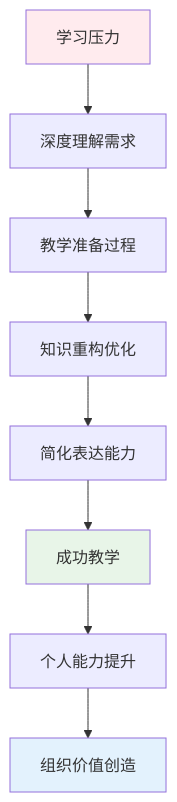
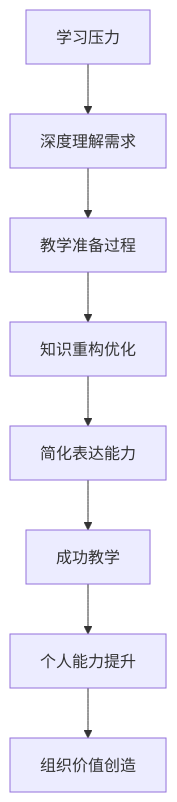
One commit to fangkun119/tech-page changed the ninth of 52 diagrams in _posts/2025-11-08-book-01-feynman-approach.md. Above: the diagram before and after it, drawn with Mermaid. The commit also changed other lines of this file and 1 other file, not shown here.

Commit message:
feat: adjust diagram color

````diff
--- a/_posts/2025-11-08-book-01-feynman-approach.md
+++ b/_posts/2025-11-08-book-01-feynman-approach.md
@@ -1037,14 +1000,10 @@
 ```mermaid
 graph TD
     A[学习压力] --> B[深度理解需求]
     B --> C[教学准备过程]
     C --> D[知识重构优化]
     D --> E[简化表达能力]
     E --> F[成功教学]
     F --> G[个人能力提升]
     G --> H[组织价值创造]
-
-    style A fill:#ffebee
-    style F fill:#e8f5e8
-    style H fill:#e3f2fd
 ```
````
